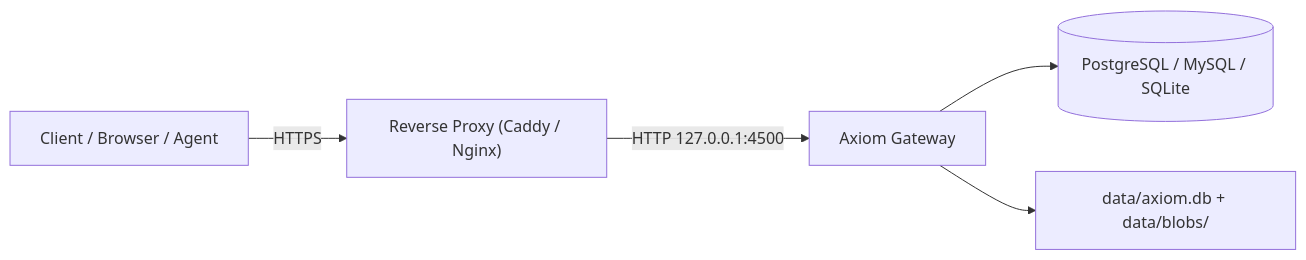
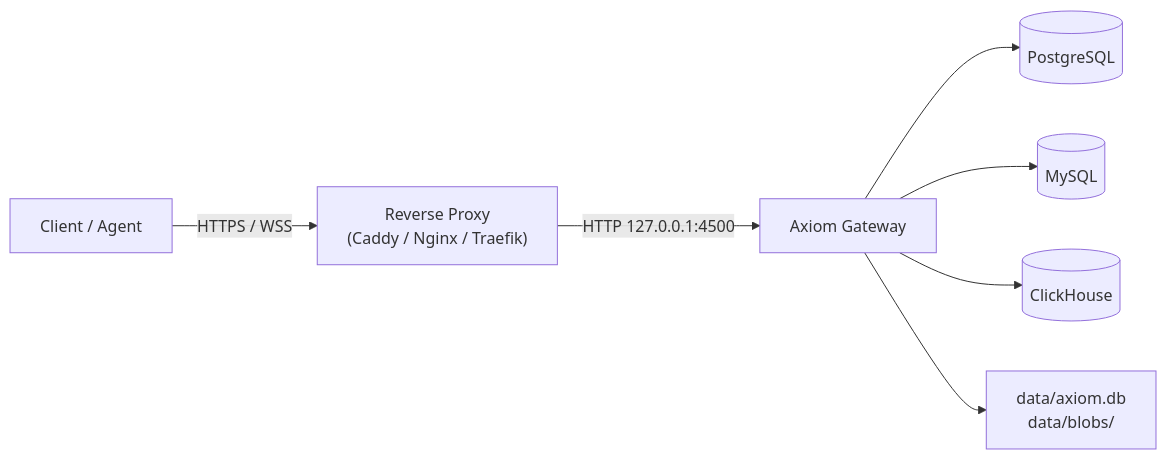
One commit to toxichome-whoami/axiom changed the second of 2 diagrams in docs/configuration.md. Above: the diagram before and after it, drawn with Mermaid. The commit also changed other lines of this file and 1 other file, not shown here.

````diff
--- a/docs/configuration.md
+++ b/docs/configuration.md
@@ -138,7 +267,9 @@
 ```mermaid
 flowchart LR
-    Client["Client / Browser / Agent"] -->|HTTPS| Proxy["Reverse Proxy (Caddy / Nginx)"]
+    Client["Client / Agent"] -->|HTTPS / WSS| Proxy["Reverse Proxy<br/>(Caddy / Nginx / Traefik)"]
     Proxy -->|HTTP 127.0.0.1:4500| Axiom["Axiom Gateway"]
-    Axiom --> DB[("PostgreSQL / MySQL / SQLite")]
-    Axiom --> Disk["data/axiom.db + data/blobs/"]
+    Axiom --> PG[("PostgreSQL")]
+    Axiom --> MY[("MySQL")]
+    Axiom --> CH[("ClickHouse")]
+    Axiom --> FS["data/axiom.db<br/>data/blobs/"]
 ```
````
